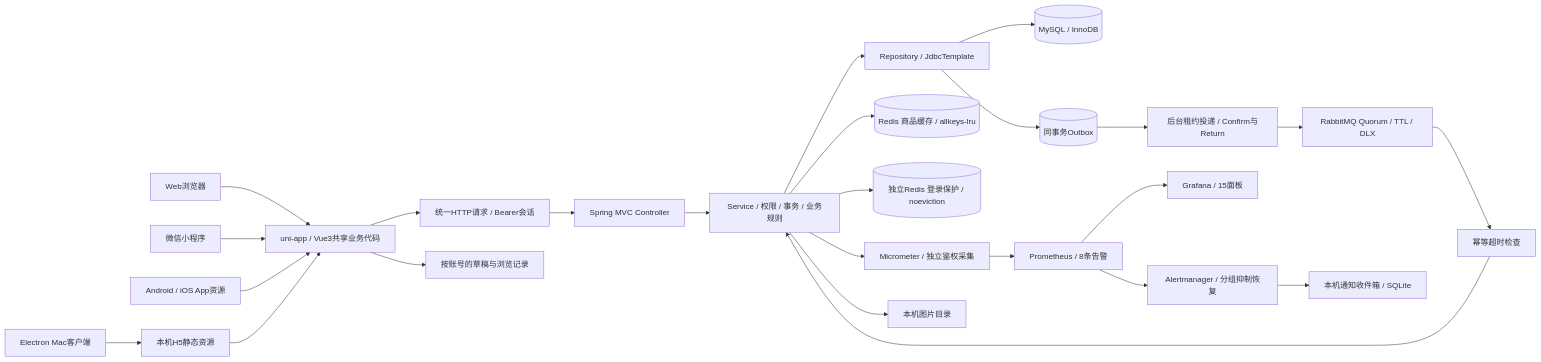
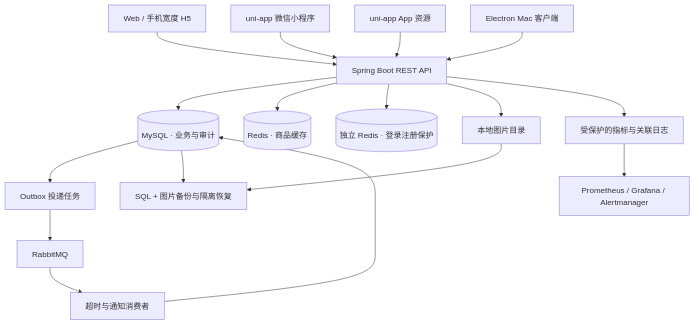
Before and after one commit to StewardAndrecher/-: the diagram in docs/TECH_STACK.md, drawn with Mermaid. The commit also changed other lines of this file and 734 other files, not shown here.

````diff
--- a/docs/TECH_STACK.md
+++ b/docs/TECH_STACK.md
@@ -29,27 +7,19 @@
 ```mermaid
-flowchart LR
-    Web[Web浏览器] --> Shared[uni-app / Vue3共享业务代码]
-    WX[微信小程序] --> Shared
-    App[Android / iOS App资源] --> Shared
-    Mac[Electron Mac客户端] --> H5[本机H5静态资源]
-    H5 --> Shared
-    Shared --> Request[统一HTTP请求 / Bearer会话]
-    Request --> MVC[Spring MVC Controller]
-    MVC --> Service[Service / 权限 / 事务 / 业务规则]
-    Service --> JDBC[Repository / JdbcTemplate]
-    JDBC --> DB[(MySQL / InnoDB)]
-    Service --> Cache[(Redis 商品缓存 / allkeys-lru)]
-    Service --> Guard[(独立Redis 登录保护 / noeviction)]
-    JDBC --> Outbox[(同事务Outbox)]
-    Outbox --> Dispatch[后台租约投递 / Confirm与Return]
-    Dispatch --> MQ[RabbitMQ Quorum / TTL / DLX]
-    MQ --> Consumer[幂等超时检查]
-    Consumer --> Service
-    Service --> Metrics[Micrometer / 独立鉴权采集]
-    Metrics --> Prometheus[Prometheus / 8条告警]
-    Prometheus --> Grafana[Grafana / 15面板]
-    Prometheus --> Alertmanager[Alertmanager / 分组抑制恢复]
-    Alertmanager --> Inbox[本机通知收件箱 / SQLite]
-    Service --> Files[本机图片目录]
-    Shared --> Local[按账号的草稿与浏览记录]
+flowchart TD
+    WEB[Web / 手机宽度 H5] --> API[Spring Boot REST API]
+    WX[uni-app 微信小程序] --> API
+    APP[uni-app App 资源] --> API
+    MAC[Electron Mac 客户端] --> API
+    API --> DB[(MySQL · 业务与审计)]
+    API --> CACHE[(Redis · 商品缓存)]
+    API --> GUARD[(独立 Redis · 登录注册保护)]
+    API --> FILES[本地图片目录]
+    DB --> OUTBOX[Outbox 投递任务]
+    OUTBOX --> MQ[RabbitMQ]
+    MQ --> CONSUMER[超时与通知消费者]
+    CONSUMER --> DB
+    DB --> BACKUP[SQL + 图片备份与隔离恢复]
+    FILES --> BACKUP
+    API --> METRICS[受保护的指标与关联日志]
+    METRICS --> OBS[Prometheus / Grafana / Alertmanager]
 ```
````
